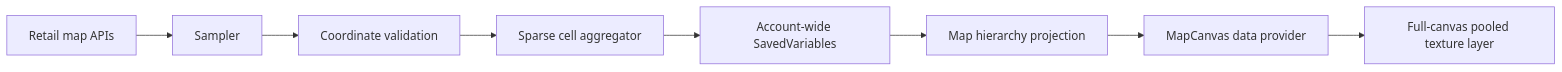
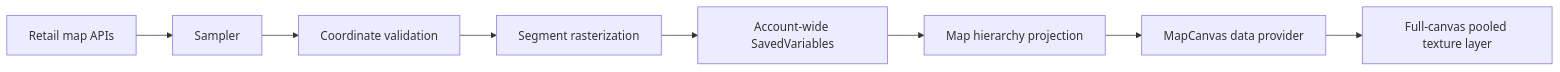
The diagram in docs/concepts/heatmap.md (Anduin-Webworks/explorer-footprint), drawn with Mermaid before and after one commit. The commit also changed other lines of this file and 11 other files, not shown here.

````diff
--- a/docs/concepts/heatmap.md
+++ b/docs/concepts/heatmap.md
@@ -9,10 +9,10 @@
 ```mermaid
 flowchart LR
     A[Retail map APIs] --> B[Sampler]
     B --> C[Coordinate validation]
-    C --> D[Sparse cell aggregator]
+    C --> D[Segment rasterization]
     D --> E[Account-wide SavedVariables]
     E --> F[Map hierarchy projection]
     F --> G[MapCanvas data provider]
     G --> H[Full-canvas pooled texture layer]
 ```
````
